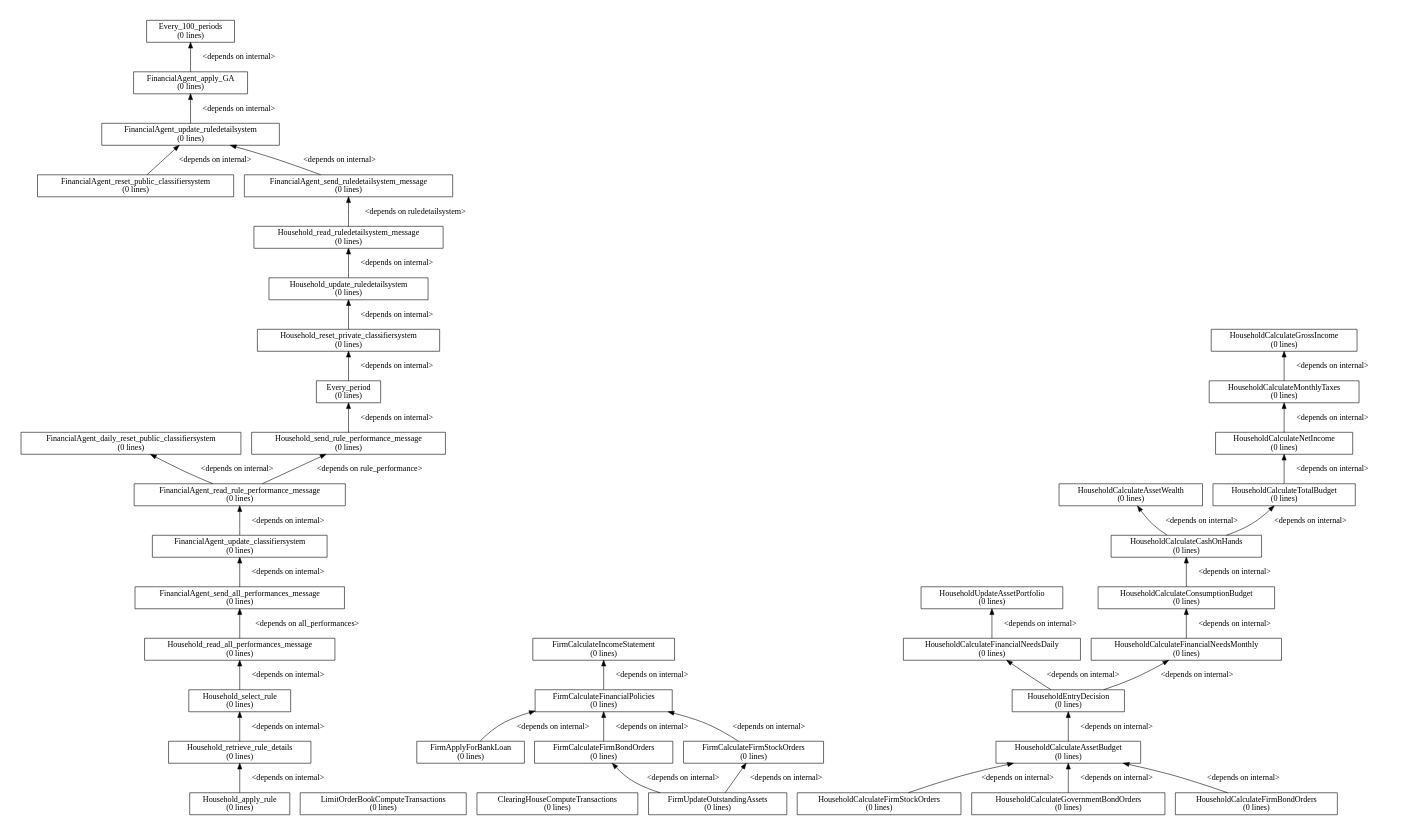
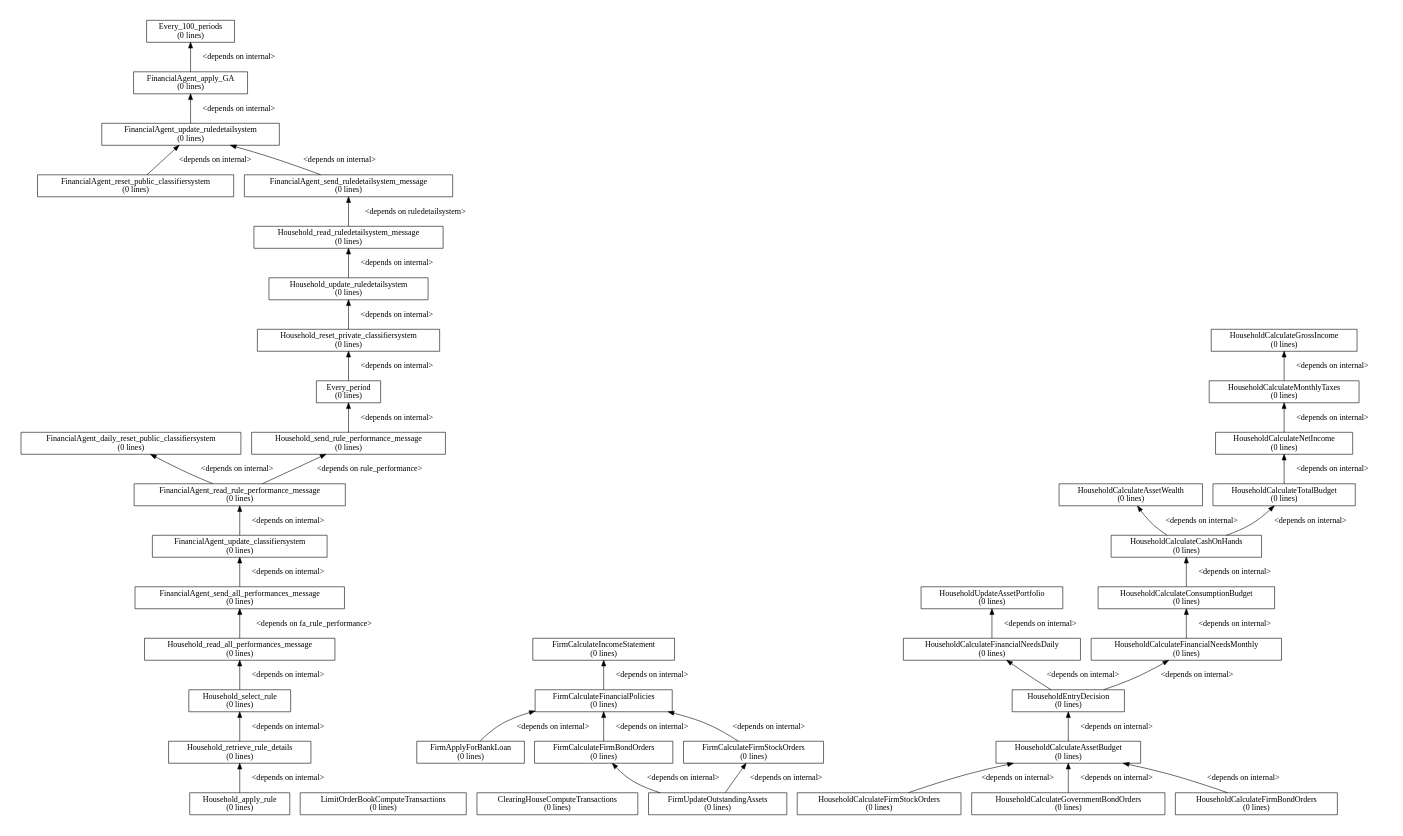
The diagram in models/AFM/afm_branches/simon/initial/ewa_learning/dgraph.dot (ETACE/EURACE), drawn with Graphviz before and after one commit. The commit also changed 22 other files, not shown here.

```diff
--- a/models/AFM/afm_branches/simon/initial/ewa_learning/dgraph.dot
+++ b/models/AFM/afm_branches/simon/initial/ewa_learning/dgraph.dot
@@ -1,87 +1,87 @@
 digraph dependency_graph {
 	rankdir=BT;
-	size="8,5"
+	size="8,5;"
 	node [shape = rect];
 	
 	/* Functions */
 	FinancialAgent_send_ruledetailsystem_message[height = 0.000000, label = "FinancialAgent_send_ruledetailsystem_message\n(0 lines)"]
 	FinancialAgent_reset_public_classifiersystem[height = 0.000000, label = "FinancialAgent_reset_public_classifiersystem\n(0 lines)"]
 	FinancialAgent_update_ruledetailsystem[height = 0.000000, label = "FinancialAgent_update_ruledetailsystem\n(0 lines)"]
 	FinancialAgent_apply_GA[height = 0.000000, label = "FinancialAgent_apply_GA\n(0 lines)"]
 	Every_100_periods[height = 0.000000, label = "Every_100_periods\n(0 lines)"]
 	FinancialAgent_send_all_performances_message[height = 0.000000, label = "FinancialAgent_send_all_performances_message\n(0 lines)"]
 	FinancialAgent_update_classifiersystem[height = 0.000000, label = "FinancialAgent_update_classifiersystem\n(0 lines)"]
 	FinancialAgent_read_rule_performance_message[height = 0.000000, label = "FinancialAgent_read_rule_performance_message\n(0 lines)"]
 	FinancialAgent_daily_reset_public_classifiersystem[height = 0.000000, label = "FinancialAgent_daily_reset_public_classifiersystem\n(0 lines)"]
 	LimitOrderBookComputeTransactions[height = 0.000000, label = "LimitOrderBookComputeTransactions\n(0 lines)"]
 	ClearingHouseComputeTransactions[height = 0.000000, label = "ClearingHouseComputeTransactions\n(0 lines)"]
 	FirmApplyForBankLoan[height = 0.000000, label = "FirmApplyForBankLoan\n(0 lines)"]
 	FirmUpdateOutstandingAssets[height = 0.000000, label = "FirmUpdateOutstandingAssets\n(0 lines)"]
 	FirmCalculateFirmBondOrders[height = 0.000000, label = "FirmCalculateFirmBondOrders\n(0 lines)"]
 	FirmCalculateFirmStockOrders[height = 0.000000, label = "FirmCalculateFirmStockOrders\n(0 lines)"]
 	FirmCalculateFinancialPolicies[height = 0.000000, label = "FirmCalculateFinancialPolicies\n(0 lines)"]
 	FirmCalculateIncomeStatement[height = 0.000000, label = "FirmCalculateIncomeStatement\n(0 lines)"]
 	Household_reset_private_classifiersystem[height = 0.000000, label = "Household_reset_private_classifiersystem\n(0 lines)"]
 	Household_update_ruledetailsystem[height = 0.000000, label = "Household_update_ruledetailsystem\n(0 lines)"]
 	Household_read_ruledetailsystem_message[height = 0.000000, label = "Household_read_ruledetailsystem_message\n(0 lines)"]
 	Household_apply_rule[height = 0.000000, label = "Household_apply_rule\n(0 lines)"]
 	Household_retrieve_rule_details[height = 0.000000, label = "Household_retrieve_rule_details\n(0 lines)"]
 	Household_select_rule[height = 0.000000, label = "Household_select_rule\n(0 lines)"]
 	Household_read_all_performances_message[height = 0.000000, label = "Household_read_all_performances_message\n(0 lines)"]
 	Household_send_rule_performance_message[height = 0.000000, label = "Household_send_rule_performance_message\n(0 lines)"]
 	Every_period[height = 0.000000, label = "Every_period\n(0 lines)"]
 	HouseholdCalculateFirmStockOrders[height = 0.000000, label = "HouseholdCalculateFirmStockOrders\n(0 lines)"]
 	HouseholdCalculateGovernmentBondOrders[height = 0.000000, label = "HouseholdCalculateGovernmentBondOrders\n(0 lines)"]
 	HouseholdCalculateFirmBondOrders[height = 0.000000, label = "HouseholdCalculateFirmBondOrders\n(0 lines)"]
 	HouseholdCalculateAssetBudget[height = 0.000000, label = "HouseholdCalculateAssetBudget\n(0 lines)"]
 	HouseholdEntryDecision[height = 0.000000, label = "HouseholdEntryDecision\n(0 lines)"]
 	HouseholdCalculateFinancialNeedsDaily[height = 0.000000, label = "HouseholdCalculateFinancialNeedsDaily\n(0 lines)"]
 	HouseholdUpdateAssetPortfolio[height = 0.000000, label = "HouseholdUpdateAssetPortfolio\n(0 lines)"]
 	HouseholdCalculateFinancialNeedsMonthly[height = 0.000000, label = "HouseholdCalculateFinancialNeedsMonthly\n(0 lines)"]
 	HouseholdCalculateConsumptionBudget[height = 0.000000, label = "HouseholdCalculateConsumptionBudget\n(0 lines)"]
 	HouseholdCalculateCashOnHands[height = 0.000000, label = "HouseholdCalculateCashOnHands\n(0 lines)"]
 	HouseholdCalculateAssetWealth[height = 0.000000, label = "HouseholdCalculateAssetWealth\n(0 lines)"]
 	HouseholdCalculateTotalBudget[height = 0.000000, label = "HouseholdCalculateTotalBudget\n(0 lines)"]
 	HouseholdCalculateNetIncome[height = 0.000000, label = "HouseholdCalculateNetIncome\n(0 lines)"]
 	HouseholdCalculateMonthlyTaxes[height = 0.000000, label = "HouseholdCalculateMonthlyTaxes\n(0 lines)"]
 	HouseholdCalculateGrossIncome[height = 0.000000, label = "HouseholdCalculateGrossIncome\n(0 lines)"]
 	
 	/* Dependencies */
 	FinancialAgent_send_ruledetailsystem_message -> FinancialAgent_update_ruledetailsystem [ label = "<depends on internal>" ];
 	FinancialAgent_reset_public_classifiersystem -> FinancialAgent_update_ruledetailsystem [ label = "<depends on internal>" ];
 	FinancialAgent_update_ruledetailsystem -> FinancialAgent_apply_GA [ label = "<depends on internal>" ];
 	FinancialAgent_apply_GA -> Every_100_periods [ label = "<depends on internal>" ];
 	FinancialAgent_send_all_performances_message -> FinancialAgent_update_classifiersystem [ label = "<depends on internal>" ];
 	FinancialAgent_update_classifiersystem -> FinancialAgent_read_rule_performance_message [ label = "<depends on internal>" ];
 	FinancialAgent_read_rule_performance_message -> Household_send_rule_performance_message [ label = "<depends on rule_performance>" ];
 	FinancialAgent_read_rule_performance_message -> FinancialAgent_daily_reset_public_classifiersystem [ label = "<depends on internal>" ];
 	FirmApplyForBankLoan -> FirmCalculateFinancialPolicies [ label = "<depends on internal>" ];
 	FirmUpdateOutstandingAssets -> FirmCalculateFirmBondOrders [ label = "<depends on internal>" ];
 	FirmUpdateOutstandingAssets -> FirmCalculateFirmStockOrders [ label = "<depends on internal>" ];
 	FirmCalculateFirmBondOrders -> FirmCalculateFinancialPolicies [ label = "<depends on internal>" ];
 	FirmCalculateFirmStockOrders -> FirmCalculateFinancialPolicies [ label = "<depends on internal>" ];
 	FirmCalculateFinancialPolicies -> FirmCalculateIncomeStatement [ label = "<depends on internal>" ];
 	Household_reset_private_classifiersystem -> Household_update_ruledetailsystem [ label = "<depends on internal>" ];
 	Household_update_ruledetailsystem -> Household_read_ruledetailsystem_message [ label = "<depends on internal>" ];
 	Household_read_ruledetailsystem_message -> FinancialAgent_send_ruledetailsystem_message [ label = "<depends on ruledetailsystem>" ];
 	Household_apply_rule -> Household_retrieve_rule_details [ label = "<depends on internal>" ];
 	Household_retrieve_rule_details -> Household_select_rule [ label = "<depends on internal>" ];
 	Household_select_rule -> Household_read_all_performances_message [ label = "<depends on internal>" ];
-	Household_read_all_performances_message -> FinancialAgent_send_all_performances_message [ label = "<depends on all_performances>" ];
+	Household_read_all_performances_message -> FinancialAgent_send_all_performances_message [ label = "<depends on fa_rule_performance>" ];
 	Household_send_rule_performance_message -> Every_period [ label = "<depends on internal>" ];
 	Every_period -> Household_reset_private_classifiersystem [ label = "<depends on internal>" ];
 	HouseholdCalculateFirmStockOrders -> HouseholdCalculateAssetBudget [ label = "<depends on internal>" ];
 	HouseholdCalculateGovernmentBondOrders -> HouseholdCalculateAssetBudget [ label = "<depends on internal>" ];
 	HouseholdCalculateFirmBondOrders -> HouseholdCalculateAssetBudget [ label = "<depends on internal>" ];
 	HouseholdCalculateAssetBudget -> HouseholdEntryDecision [ label = "<depends on internal>" ];
 	HouseholdEntryDecision -> HouseholdCalculateFinancialNeedsMonthly [ label = "<depends on internal>" ];
 	HouseholdEntryDecision -> HouseholdCalculateFinancialNeedsDaily [ label = "<depends on internal>" ];
 	HouseholdCalculateFinancialNeedsDaily -> HouseholdUpdateAssetPortfolio [ label = "<depends on internal>" ];
 	HouseholdCalculateFinancialNeedsMonthly -> HouseholdCalculateConsumptionBudget [ label = "<depends on internal>" ];
 	HouseholdCalculateConsumptionBudget -> HouseholdCalculateCashOnHands [ label = "<depends on internal>" ];
 	HouseholdCalculateCashOnHands -> HouseholdCalculateAssetWealth [ label = "<depends on internal>" ];
 	HouseholdCalculateCashOnHands -> HouseholdCalculateTotalBudget [ label = "<depends on internal>" ];
 	HouseholdCalculateTotalBudget -> HouseholdCalculateNetIncome [ label = "<depends on internal>" ];
 	HouseholdCalculateNetIncome -> HouseholdCalculateMonthlyTaxes [ label = "<depends on internal>" ];
 	HouseholdCalculateMonthlyTaxes -> HouseholdCalculateGrossIncome [ label = "<depends on internal>" ];
 }
```
